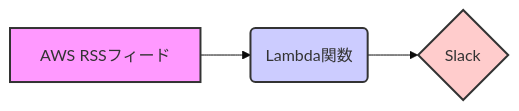
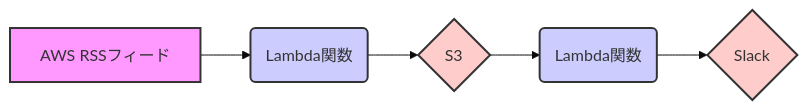
Before and after one commit to ryoupr/generate-aws-weekly-update-report: the diagram in README.md, drawn with Mermaid (base theme). The commit also changed other lines of this file, not shown here.

Commit message:
docs: アーキテクチャ図を更新し、S3を介した情報の格納とSlackへの通知の流れを明確化

````diff
--- a/README.md
+++ b/README.md
@@ -79,8 +79,12 @@
 ```mermaid
 graph LR
     A[AWS RSSフィード] --> B(Lambda関数);
-    B --> C{Slack};
+    B --> C{S3};
+    C --> D(Lambda関数);
+    D --> E{Slack};
     style A fill:#f9f,stroke:#333,stroke-width:2px
     style B fill:#ccf,stroke:#333,stroke-width:2px
     style C fill:#fcc,stroke:#333,stroke-width:2px
+    style D fill:#ccf,stroke:#333,stroke-width:2px
+    style E fill:#fcc,stroke:#333,stroke-width:2px
 ```
````
